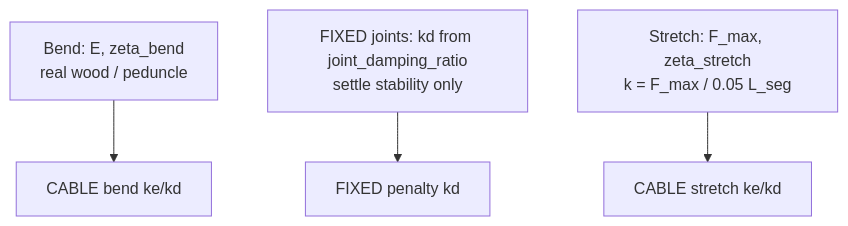
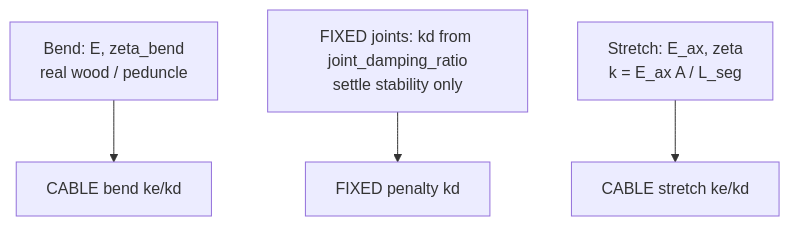
One commit to abhinavj98/apple_pick_sim changed the diagram in docs/damping-tuning.md. Above: the diagram before and after it, drawn with Mermaid. The commit also changed other lines of this file and 140 other files, not shown here.

````diff
--- a/docs/damping-tuning.md
+++ b/docs/damping-tuning.md
@@ -27,9 +26,9 @@
 ```mermaid
 flowchart TB
   bend["Bend: E, zeta_bend\nreal wood / peduncle"]
   joints["FIXED joints: kd from joint_damping_ratio\nsettle stability only"]
-  stretch["Stretch: F_max, zeta_stretch\nk = F_max / 0.05 L_seg"]
+  stretch["Stretch: E_ax, zeta\nk = E_ax A / L_seg"]
   bend --> cableBend["CABLE bend ke/kd"]
   stretch --> cableStretch["CABLE stretch ke/kd"]
   joints --> fixedWelds["FIXED penalty kd"]
 ```
````
